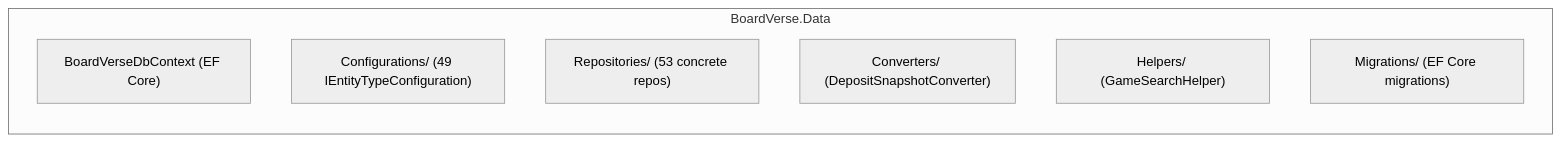
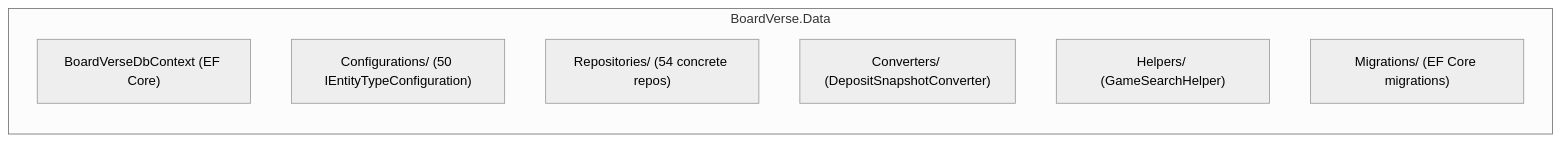
The third of 6 diagrams in docs/backend-package-diagram.md (boardverse-capstone/boardverse-server), drawn with Mermaid (neutral theme) before and after one commit. The commit also changed other lines of this file and 21 other files, not shown here.

````diff
--- a/docs/backend-package-diagram.md
+++ b/docs/backend-package-diagram.md
@@ -555,11 +558,11 @@
 ```mermaid
 flowchart LR
  subgraph Data["BoardVerse.Data"]
  DbCtx["BoardVerseDbContext (EF Core)"]
- Configs["Configurations/ (49 IEntityTypeConfiguration<T>)"]
- Repos["Repositories/ (53 concrete repos)"]
+ Configs["Configurations/ (50 IEntityTypeConfiguration<T>)"]
+ Repos["Repositories/ (54 concrete repos)"]
  Converters["Converters/ (DepositSnapshotConverter)"]
  Helpers["Helpers/ (GameSearchHelper)"]
  Migrations["Migrations/ (EF Core migrations)"]
  end
 ```
````
